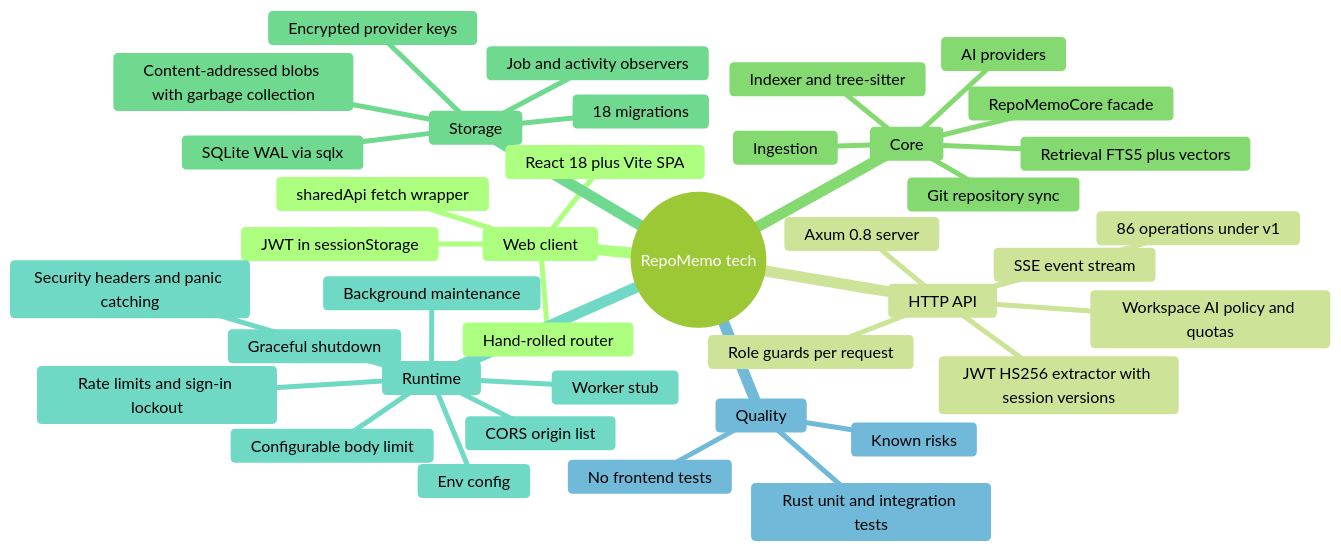
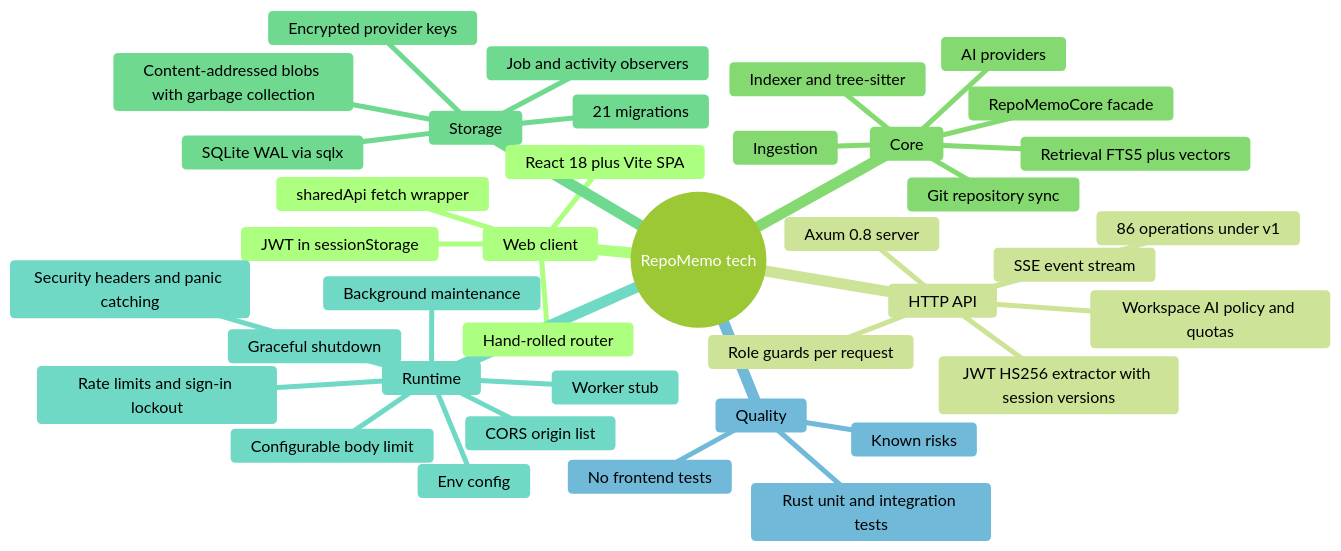
The first of 6 diagrams in mindmap/TECHNICAL_MINDMAP.md (winksen/RepoMemo), drawn with Mermaid (forest theme) before and after one commit. The commit also changed other lines of this file and 30 other files, not shown here.

````diff
--- a/mindmap/TECHNICAL_MINDMAP.md
+++ b/mindmap/TECHNICAL_MINDMAP.md
@@ -11,42 +11,42 @@
 ```mermaid
 mindmap
   root((RepoMemo tech))
     Web client
       React 18 plus Vite SPA
       Hand-rolled router
       sharedApi fetch wrapper
       JWT in sessionStorage
     HTTP API
       Axum 0.8 server
       86 operations under v1
       JWT HS256 extractor with session versions
       Role guards per request
       Workspace AI policy and quotas
       SSE event stream
     Core
       RepoMemoCore facade
       Ingestion
       Indexer and tree-sitter
       Retrieval FTS5 plus vectors
       Git repository sync
       AI providers
     Storage
       SQLite WAL via sqlx
-      18 migrations
+      21 migrations
       Content-addressed blobs with garbage collection
       Encrypted provider keys
       Job and activity observers
     Runtime
       Env config
       CORS origin list
       Configurable body limit
       Rate limits and sign-in lockout
       Security headers and panic catching
       Background maintenance
       Graceful shutdown
       Worker stub
     Quality
       Rust unit and integration tests
       No frontend tests
       Known risks
 ```
````
